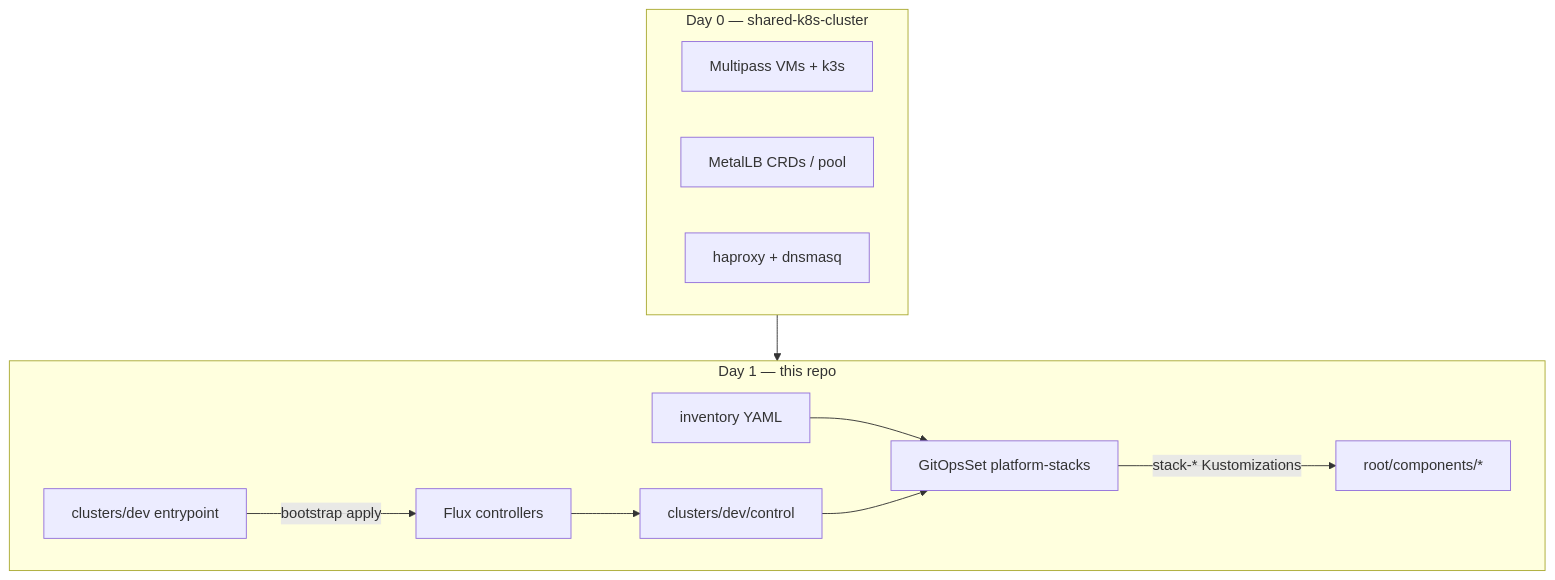
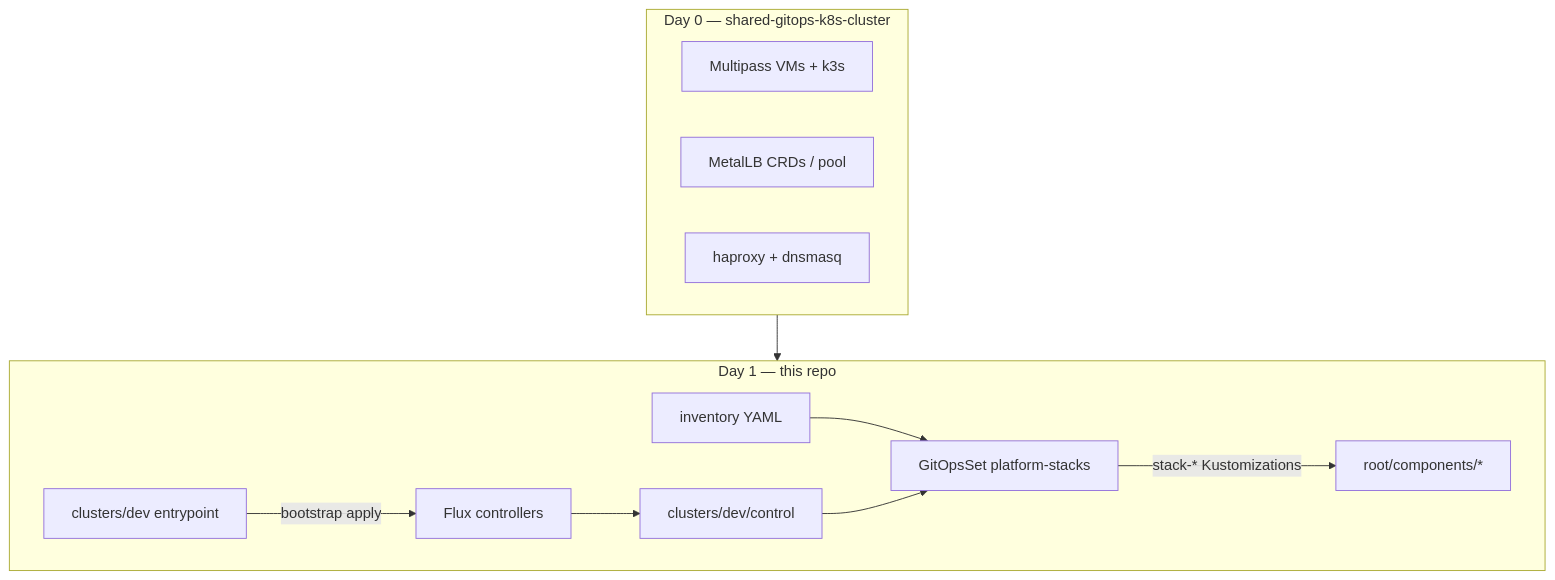
The diagram in docs/design.md (microscaler/shared-gitops-k8s-cluster), drawn with Mermaid before and after one commit. The commit also changed other lines of this file and 47 other files, not shown here.

````diff
--- a/docs/design.md
+++ b/docs/design.md
@@ -39,23 +39,23 @@
 ```mermaid
 flowchart TB
-  subgraph day0 ["Day 0 — shared-k8s-cluster"]
+  subgraph day0 ["Day 0 — shared-gitops-k8s-cluster"]
     MP[Multipass VMs + k3s]
     MLB[MetalLB CRDs / pool]
     LAN[haproxy + dnsmasq]
   end
 
   subgraph gitops ["Day 1 — this repo"]
     INV[inventory YAML]
     DEV[clusters/dev entrypoint]
     CTRL[clusters/dev/control]
     GOS[GitOpsSet platform-stacks]
     COMP[root/components/*]
     INV --> GOS
     DEV -->|bootstrap apply| FLUX[Flux controllers]
     FLUX --> CTRL
     CTRL --> GOS
     GOS -->|stack-* Kustomizations| COMP
   end
 
   day0 --> gitops
 ```
````
